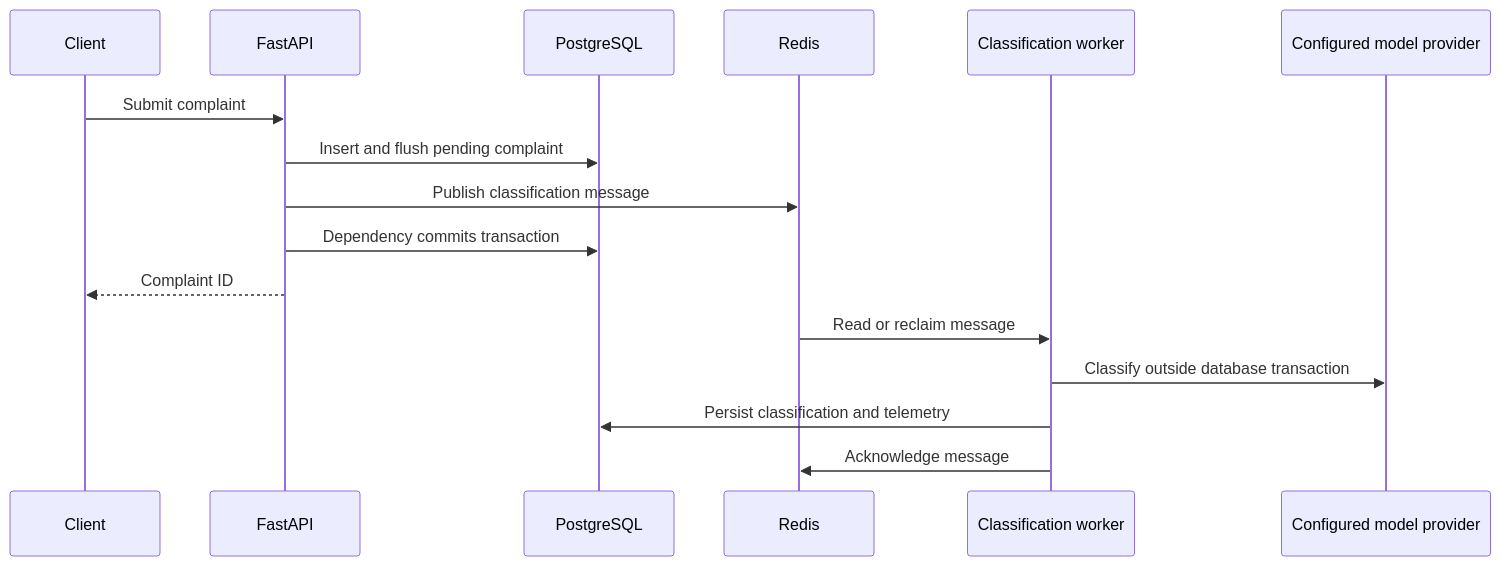
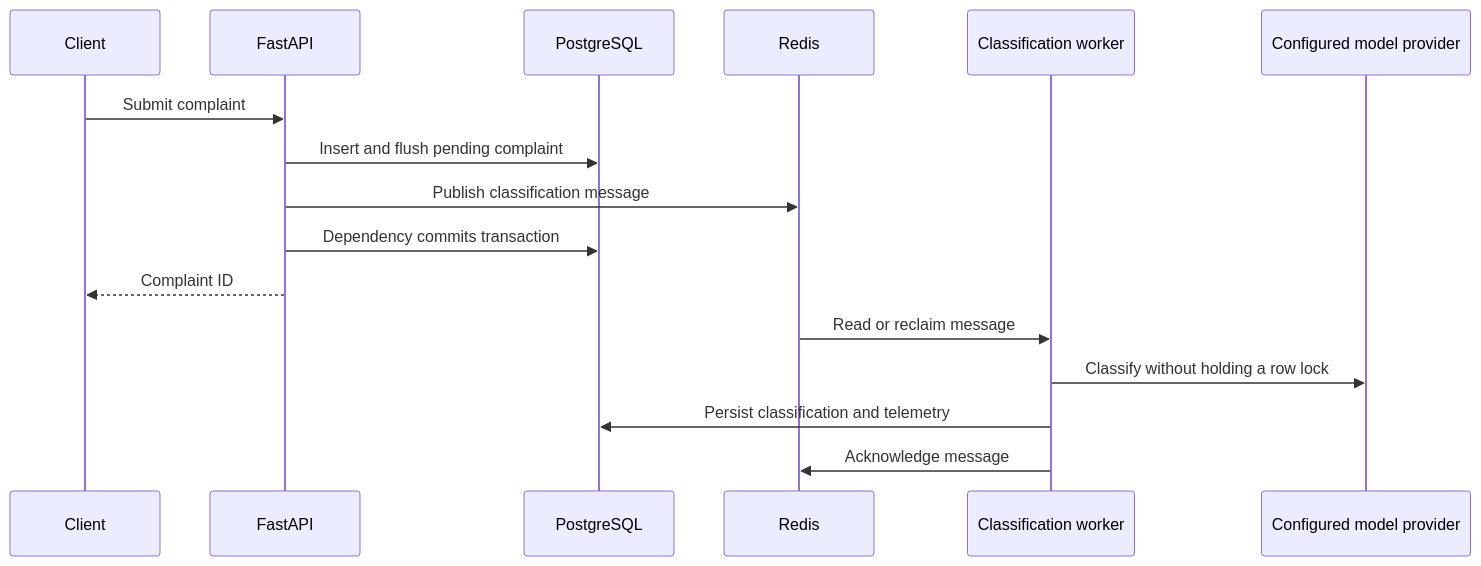
The diagram in docs/architecture.md (deeason7/ResolveAI), drawn with Mermaid before and after one commit. The commit also changed other lines of this file and 59 other files, not shown here.

````diff
--- a/docs/architecture.md
+++ b/docs/architecture.md
@@ -32,18 +32,18 @@
 ```mermaid
 sequenceDiagram
     participant U as Client
     participant API as FastAPI
     participant PG as PostgreSQL
     participant R as Redis
     participant W as Classification worker
     participant L as Configured model provider
     U->>API: Submit complaint
     API->>PG: Insert and flush pending complaint
     API->>R: Publish classification message
     API->>PG: Dependency commits transaction
     API-->>U: Complaint ID
     R->>W: Read or reclaim message
-    W->>L: Classify outside database transaction
+    W->>L: Classify without holding a row lock
     W->>PG: Persist classification and telemetry
     W->>R: Acknowledge message
 ```
````
